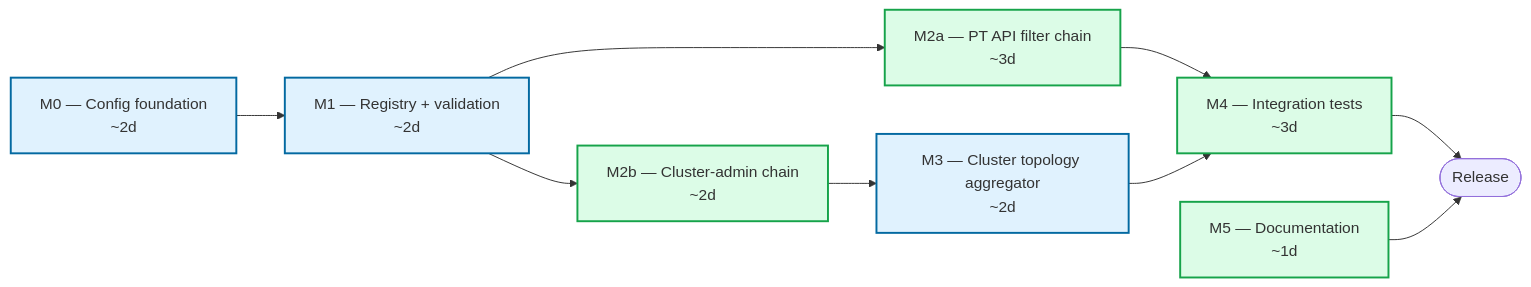
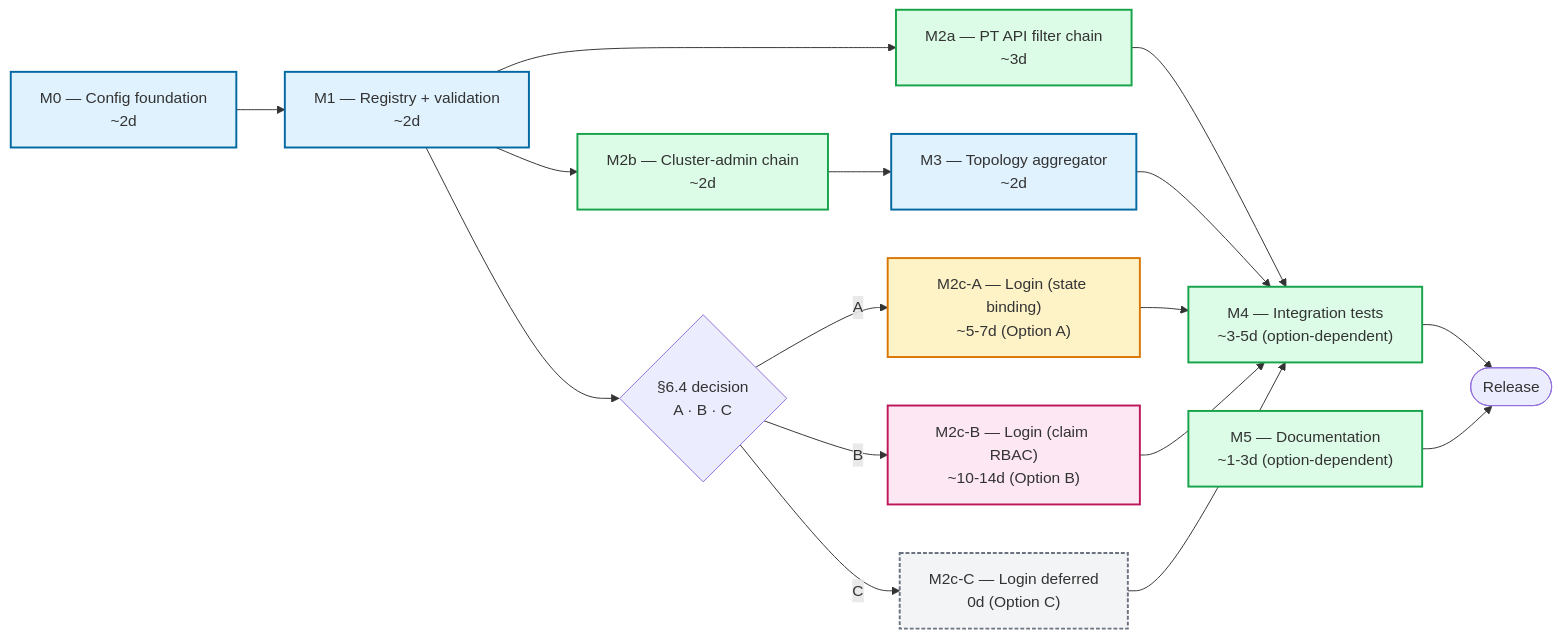
One commit to camunda/camunda changed the sixth of 9 diagrams in docs/monorepo-docs/architecture/components/identity/physical-tenants-identity-plan.md. Above: the diagram before and after it, drawn with Mermaid. The commit also changed other lines of this file, not shown here.

First line of the commit message:
docs: option-aware milestones (A, B, C) with totals and Gantt per option

````diff
--- a/docs/monorepo-docs/architecture/components/identity/physical-tenants-identity-plan.md
+++ b/docs/monorepo-docs/architecture/components/identity/physical-tenants-identity-plan.md
@@ -1246,23 +1322,37 @@
 ```mermaid
 flowchart LR
     M0["M0 — Config foundation<br/>~2d"]:::seq
     M1["M1 — Registry + validation<br/>~2d"]:::seq
     M2a["M2a — PT API filter chain<br/>~3d"]:::par
     M2b["M2b — Cluster-admin chain<br/>~2d"]:::par
-    M3["M3 — Cluster topology aggregator<br/>~2d"]:::seq
-    M4["M4 — Integration tests<br/>~3d"]:::par
-    M5["M5 — Documentation<br/>~1d"]:::par
+    M2cA["M2c-A — Login (state binding)<br/>~5-7d (Option A)"]:::optA
+    M2cB["M2c-B — Login (claim RBAC)<br/>~10-14d (Option B)"]:::optB
+    M2cC["M2c-C — Login deferred<br/>0d (Option C)"]:::optC
+    M3["M3 — Topology aggregator<br/>~2d"]:::seq
+    M4["M4 — Integration tests<br/>~3-5d (option-dependent)"]:::par
+    M5["M5 — Documentation<br/>~1-3d (option-dependent)"]:::par
+    Decision{"§6.4 decision<br/>A · B · C"}
     Release([Release])
 
     M0 --> M1
     M1 --> M2a
     M1 --> M2b
+    M1 --> Decision
+    Decision -->|A| M2cA
+    Decision -->|B| M2cB
+    Decision -->|C| M2cC
     M2a --> M4
     M2b --> M3
     M3 --> M4
+    M2cA --> M4
+    M2cB --> M4
+    M2cC --> M4
     M4 --> Release
     M5 --> Release
 
     classDef seq fill:#e0f2fe,stroke:#0369a1,stroke-width:2px;
     classDef par fill:#dcfce7,stroke:#16a34a,stroke-width:2px;
+    classDef optA fill:#fef3c7,stroke:#d97706,stroke-width:2px;
+    classDef optB fill:#fce7f3,stroke:#be185d,stroke-width:2px;
+    classDef optC fill:#f3f4f6,stroke:#6b7280,stroke-width:2px,stroke-dasharray: 4 2;
 ```
````
